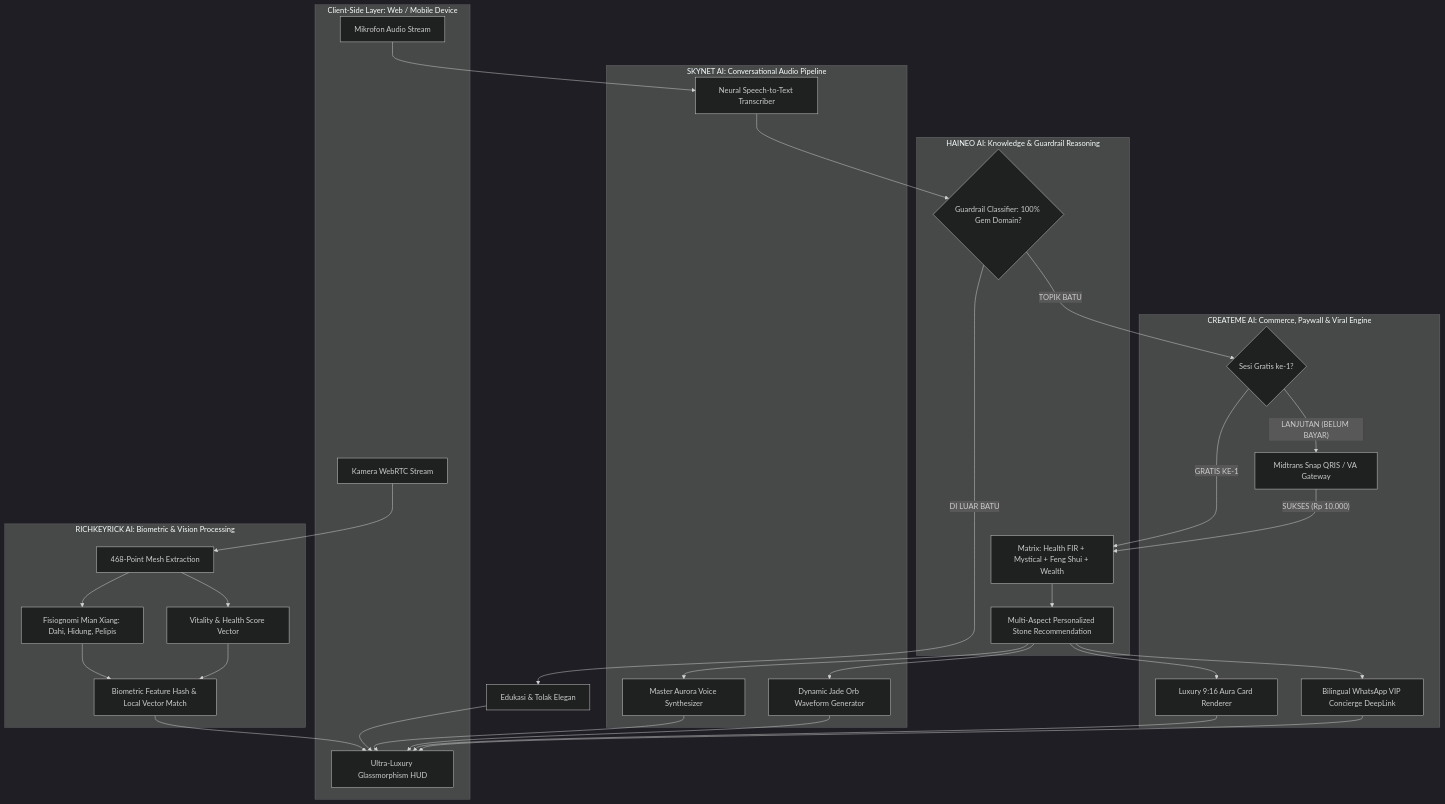
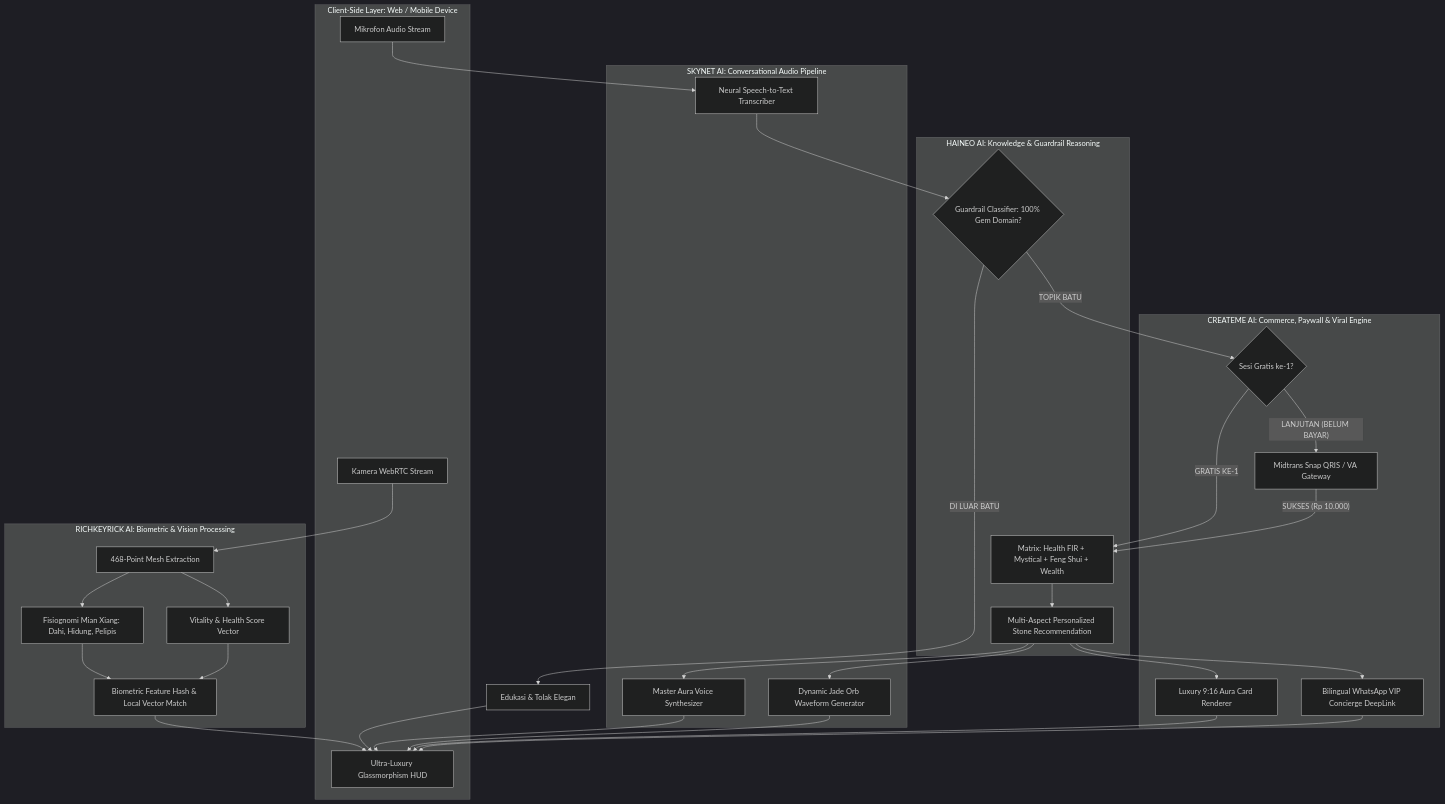
Before and after one commit to FwJade/fw-jade: the diagram in ENTERPRISE_WHITEPAPER.md, drawn with Mermaid (dark theme). The commit also changed other lines of this file and 5 other files, not shown here.

Commit message:
refactor: replace all remaining Aurora references to AURA AI by FW JADE and Master Aura across all UI and docs

````diff
--- a/ENTERPRISE_WHITEPAPER.md
+++ b/ENTERPRISE_WHITEPAPER.md
@@ -40,48 +40,48 @@
 ```mermaid
 flowchart TD
     subgraph ClientLayer [Client-Side Layer: Web / Mobile Device]
         CamFeed[Kamera WebRTC Stream]
         MicFeed[Mikrofon Audio Stream]
         LuxuryUI[Ultra-Luxury Glassmorphism HUD]
     end
 
     subgraph RichkeyrickCore [RICHKEYRICK AI: Biometric & Vision Processing]
         MeshScan[468-Point Mesh Extraction]
         MianXiangCalc[Fisiognomi Mian Xiang: Dahi, Hidung, Pelipis]
         VitalityCalc[Vitality & Health Score Vector]
         ZeroLogin[Biometric Feature Hash & Local Vector Match]
     end
 
     subgraph SkynetCore [SKYNET AI: Conversational Audio Pipeline]
         STTEngine[Neural Speech-to-Text Transcriber]
         WaveVisualizer[Dynamic Jade Orb Waveform Generator]
-        TTSEngine[Master Aurora Voice Synthesizer]
+        TTSEngine[Master Aura Voice Synthesizer]
     end
 
     subgraph HaineoCore [HAINEO AI: Knowledge & Guardrail Reasoning]
         GuardrailFilter{Guardrail Classifier: 100% Gem Domain?}
         KnowledgeMatrix[Matrix: Health FIR + Mystical + Feng Shui + Wealth]
         ReasoningEngine[Multi-Aspect Personalized Stone Recommendation]
     end
 
     subgraph CreatemeCore [CREATEME AI: Commerce, Paywall & Viral Engine]
         FreeTierCheck{Sesi Gratis ke-1?}
         MidtransPaywall[Midtrans Snap QRIS / VA Gateway]
         CardGenerator[Luxury 9:16 Aura Card Renderer]
         WAOrchestrator[Bilingual WhatsApp VIP Concierge DeepLink]
     end
 
     CamFeed --> MeshScan --> MianXiangCalc & VitalityCalc --> ZeroLogin
     ZeroLogin --> LuxuryUI
     
     MicFeed --> STTEngine --> GuardrailFilter
     GuardrailFilter -- DI LUAR BATU --> HardcodeReject[Edukasi & Tolak Elegan] --> LuxuryUI
     GuardrailFilter -- TOPIK BATU --> FreeTierCheck
     
     FreeTierCheck -- GRATIS KE-1 --> KnowledgeMatrix
     FreeTierCheck -- LANJUTAN (BELUM BAYAR) --> MidtransPaywall
     MidtransPaywall -- SUKSES (Rp 10.000) --> KnowledgeMatrix
     
     KnowledgeMatrix --> ReasoningEngine --> TTSEngine & WaveVisualizer --> LuxuryUI
     ReasoningEngine --> CardGenerator & WAOrchestrator --> LuxuryUI
 ```
````
